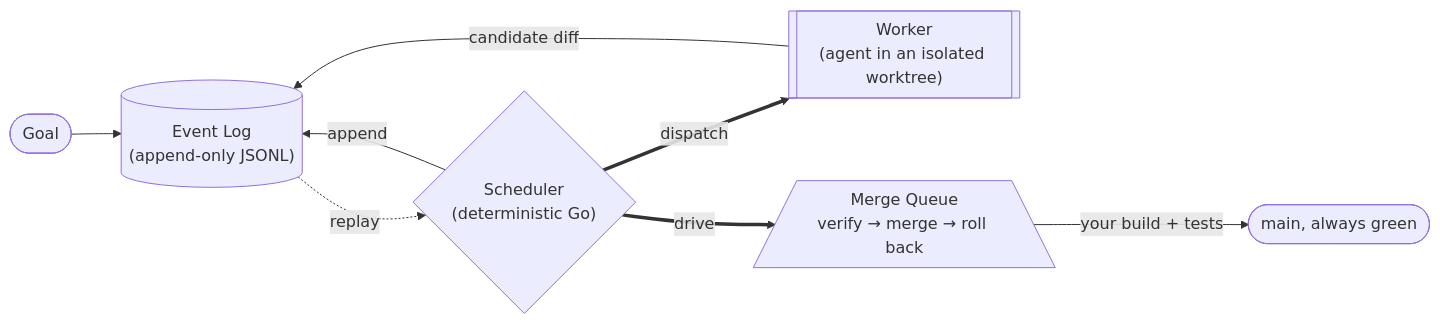
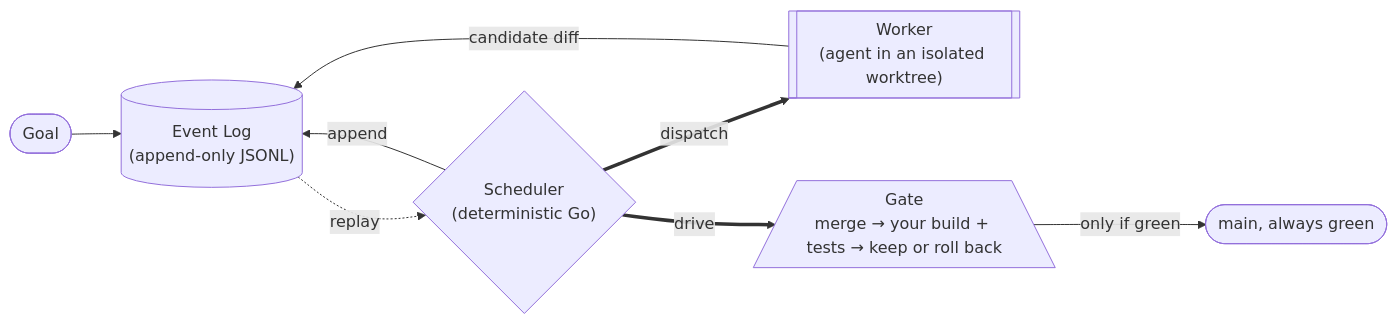
The diagram in README.md (bharadwaj6/ageOfAgents), drawn with Mermaid before and after one commit. The commit also changed other lines of this file and 2 other files, not shown here.

First line of the commit message:
docs: frame aoa as an orchestra of agents, not a merge queue

````diff
--- a/README.md
+++ b/README.md
@@ -155,10 +172,10 @@
 ```mermaid
 flowchart LR
     Goal(["Goal"]) --> Log[("Event Log<br/>(append-only JSONL)")]
     Log -.->|replay| Sched{"Scheduler<br/>(deterministic Go)"}
     Sched -->|append| Log
     Sched ==>|dispatch| W[["Worker<br/>(agent in an isolated worktree)"]]
     W -->|candidate diff| Log
-    Sched ==>|drive| MQ[/"Merge Queue<br/>verify → merge → roll back"\]
-    MQ -->|your build + tests| Main(["main, always green"])
+    Sched ==>|drive| G[/"Gate<br/>merge → your build + tests → keep or roll back"\]
+    G -->|only if green| Main(["main, always green"])
 ```
````
